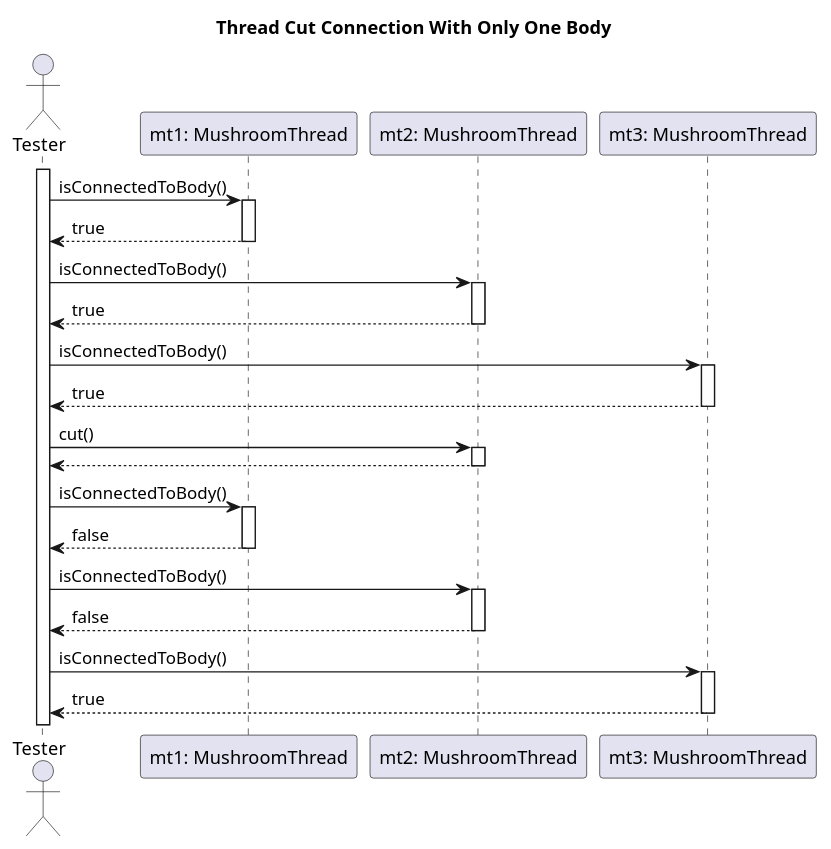
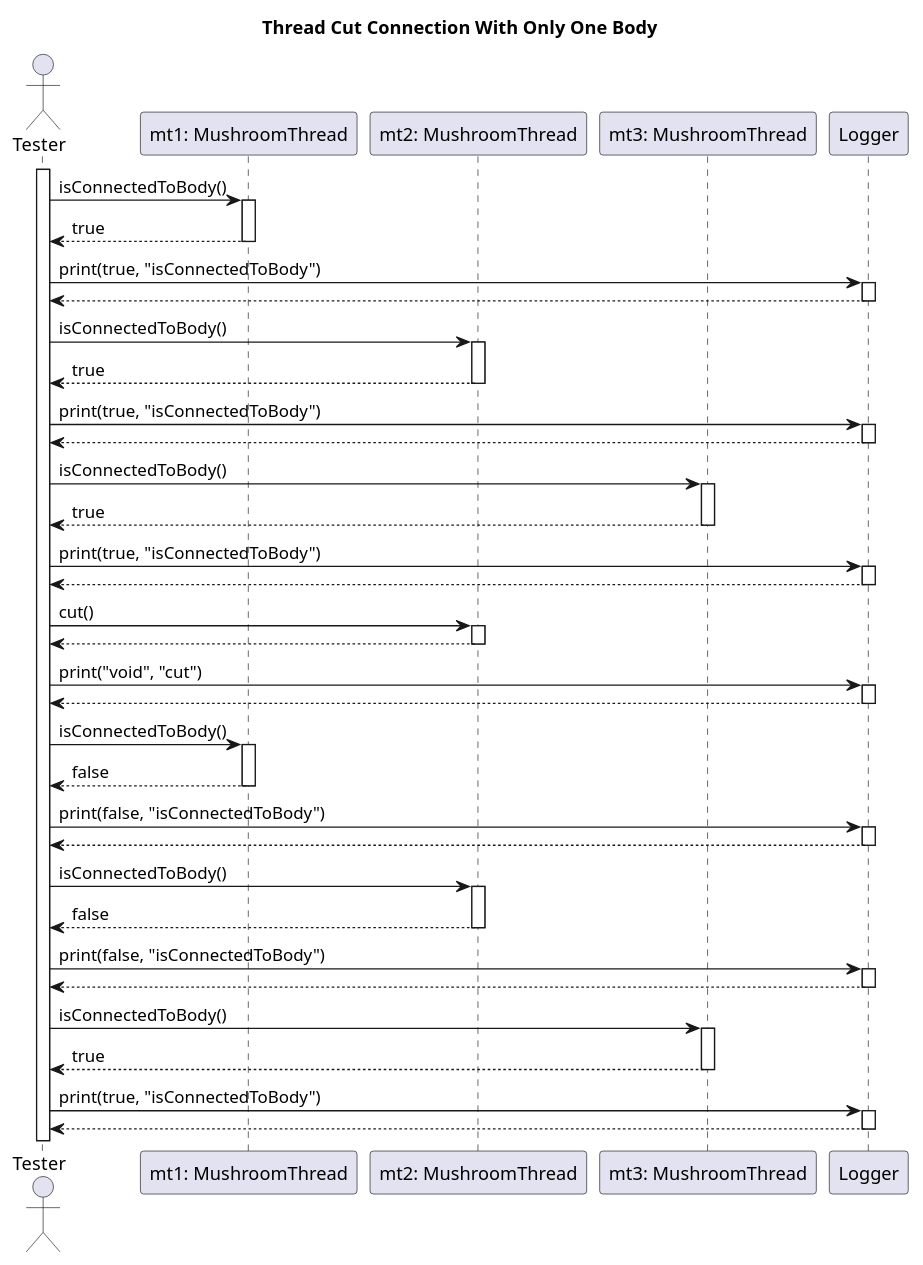
Before and after one commit to dzsem/projlab: the diagram in diagrams/test-sequence/mushroom/threadCutConnectionOnlyOneBody.wsd, drawn with PlantUML. The commit also changed 1 other file, not shown here.

Commit message:
Fixed thread cut connection only one Body and created Init

```diff
--- a/diagrams/test-sequence/mushroom/threadCutConnectionOnlyOneBody.wsd
+++ b/diagrams/test-sequence/mushroom/threadCutConnectionOnlyOneBody.wsd
@@ -1,48 +1,85 @@
 @startuml Thread Cut Connection Only One Body
 
 title Thread Cut Connection With Only One Body
 
 actor "Tester" as tester
 
 participant "mt1: MushroomThread" as mt1
 participant "mt2: MushroomThread" as mt2
 participant "mt3: MushroomThread" as mt3
 
+participant "Logger" as logger
+
 activate tester
 
 tester -> mt1: isConnectedToBody()
 activate mt1
 mt1 --> tester: true
 deactivate mt1
 
+tester -> logger: print(true, "isConnectedToBody")
+activate logger
+logger --> tester
+deactivate logger
+
 tester -> mt2: isConnectedToBody()
 activate mt2
 mt2 --> tester: true
 deactivate mt2
+
+tester -> logger: print(true, "isConnectedToBody")
+activate logger
+logger --> tester
+deactivate logger
 
 tester -> mt3: isConnectedToBody()
 activate mt3
 mt3 --> tester: true
 deactivate mt3
 
+tester -> logger: print(true, "isConnectedToBody")
+activate logger
+logger --> tester
+deactivate logger
+
 tester -> mt2: cut()
 activate mt2
 mt2 --> tester
 deactivate mt2
+
+tester -> logger: print("void", "cut")
+activate logger
+logger --> tester
+deactivate logger
 
 tester -> mt1: isConnectedToBody()
 activate mt1
 mt1 --> tester: false
 deactivate mt1
 
+tester -> logger: print(false, "isConnectedToBody")
+activate logger
+logger --> tester
+deactivate logger
+
 tester -> mt2: isConnectedToBody()
 activate mt2
 mt2 --> tester: false
 deactivate mt2
+
+tester -> logger: print(false, "isConnectedToBody")
+activate logger
+logger --> tester
+deactivate logger
 
 tester -> mt3: isConnectedToBody()
 activate mt3
 mt3 --> tester: true
 deactivate mt3
 
+tester -> logger: print(true, "isConnectedToBody")
+activate logger
+logger --> tester
+deactivate logger
+
 @enduml
```
